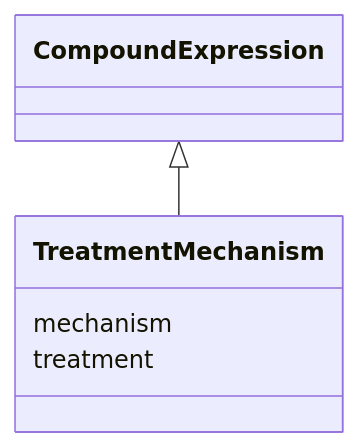
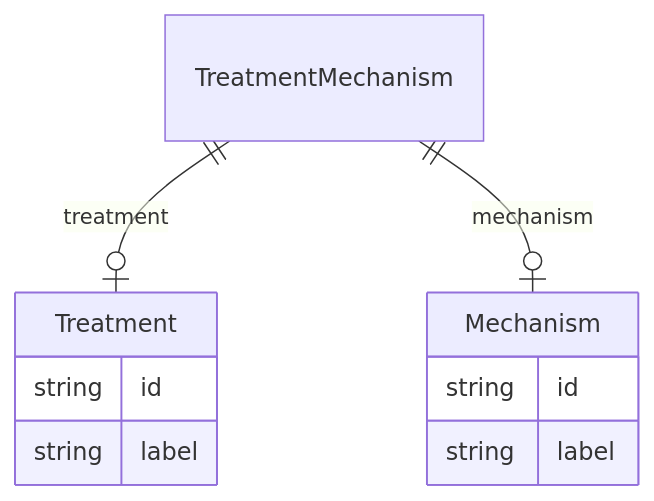
One commit to monarch-initiative/ontogpt changed the diagram in docs/treatment/TreatmentMechanism.md. Above: the diagram before and after it, drawn with Mermaid. The commit also changed 187 other files, not shown here.

````diff
--- a/docs/treatment/TreatmentMechanism.md
+++ b/docs/treatment/TreatmentMechanism.md
@@ -8,9 +8,18 @@
 ```mermaid
- classDiagram
-    class TreatmentMechanism
-      CompoundExpression <|-- TreatmentMechanism
-      
-      TreatmentMechanism : mechanism
-      TreatmentMechanism : treatment
-      
+erDiagram
+TreatmentMechanism {
+
+}
+Mechanism {
+    string id  
+    string label  
+}
+Treatment {
+    string id  
+    string label  
+}
+
+TreatmentMechanism ||--|o Treatment : "treatment"
+TreatmentMechanism ||--|o Mechanism : "mechanism"
+
 ```
````
